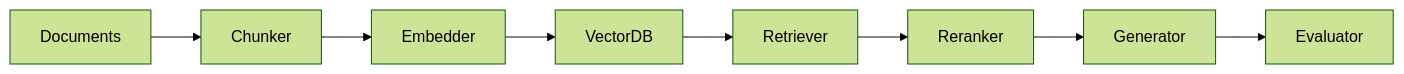
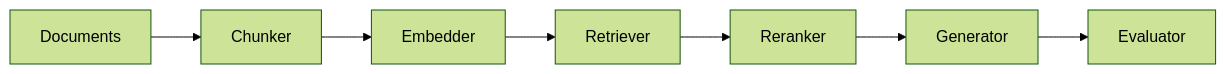
Before and after one commit to Adityansh-Chand/enterprise-rag-knowledge-system: the diagram in README.md, drawn with Mermaid (forest theme). The commit also changed other lines of this file and 13 other files, not shown here.

````diff
--- a/README.md
+++ b/README.md
@@ -8,10 +9,9 @@
 ```mermaid
 flowchart LR
-Documents --> Chunker
-Chunker --> Embedder
-Embedder --> VectorDB
-VectorDB --> Retriever
-Retriever --> Reranker
-Reranker --> Generator
-Generator --> Evaluator
+  Documents --> Chunker
+  Chunker --> Embedder
+  Embedder --> Retriever
+  Retriever --> Reranker
+  Reranker --> Generator
+  Generator --> Evaluator
 ```
````
